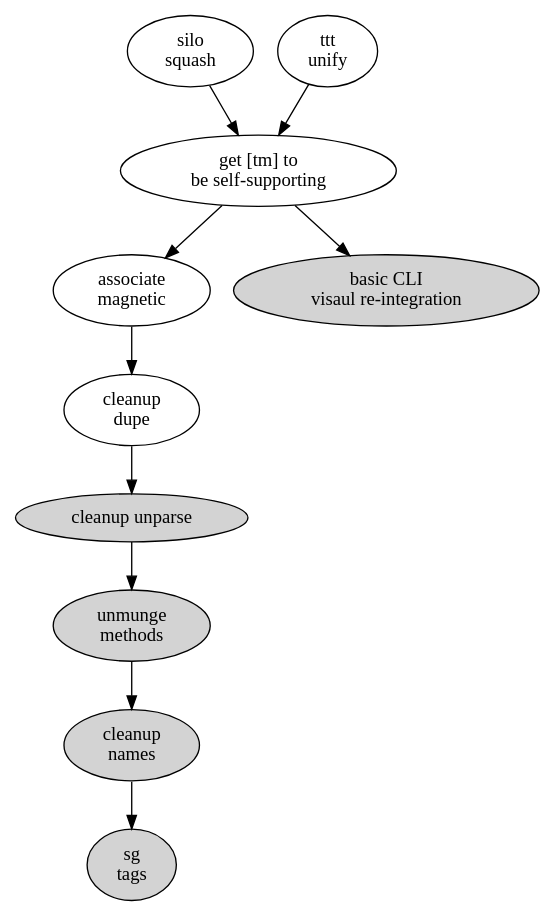
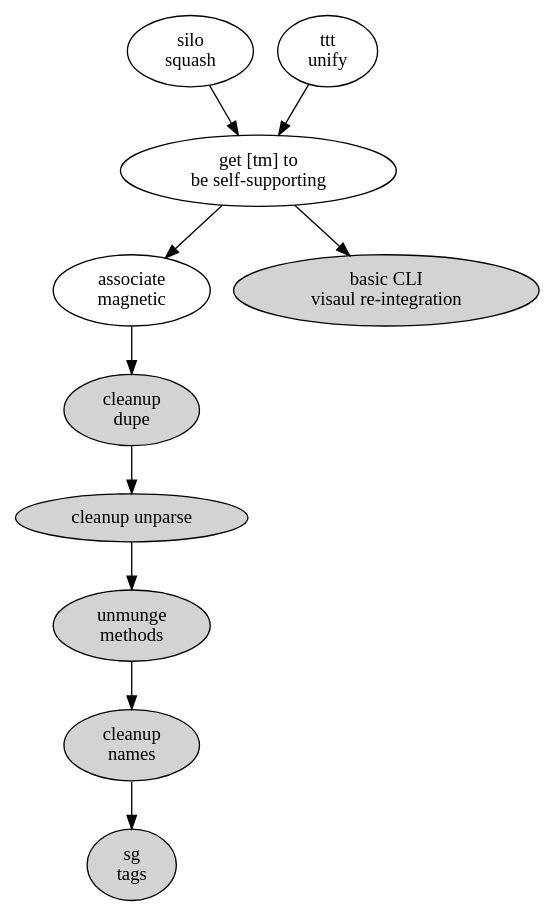
The diagram in lib/skylab/tan-man/doc/the-big-picture-of-now.dot (hipe/tmx), drawn with Graphviz before and after one commit. The commit also changed 11 other files, not shown here.

```diff
--- a/lib/skylab/tan-man/doc/the-big-picture-of-now.dot
+++ b/lib/skylab/tan-man/doc/the-big-picture-of-now.dot
@@ -1,26 +1,26 @@
 digraph{
 
   am [ label="associate\nmagnetic" ]
-  cd [ label="cleanup\ndupe" ]
+  cd [ label="cleanup\ndupe" style=filled ]
   cv [ label="basic CLI\nvisaul re-integration" style=filled ]
   cn [ label="cleanup\nnames" style=filled ]
   si [ label="silo\nsquash" ]
   ss [ label="get [tm] to\nbe self-supporting" ]
   st [ label="sg\ntags" style=filled ]
   tu [ label="ttt\nunify" ]
   um [ label="unmunge\nmethods" style=filled ]
   up [ label="cleanup unparse" style=filled ]
 
   am -> cd
   cd -> up
   cn -> st
   si -> ss
   ss -> cv
   ss -> am
   tu -> ss
   um -> cn
   up -> um
 
   # that one color of blue: fillcolor="#b5d5fb" style=filled
 
 }
```
